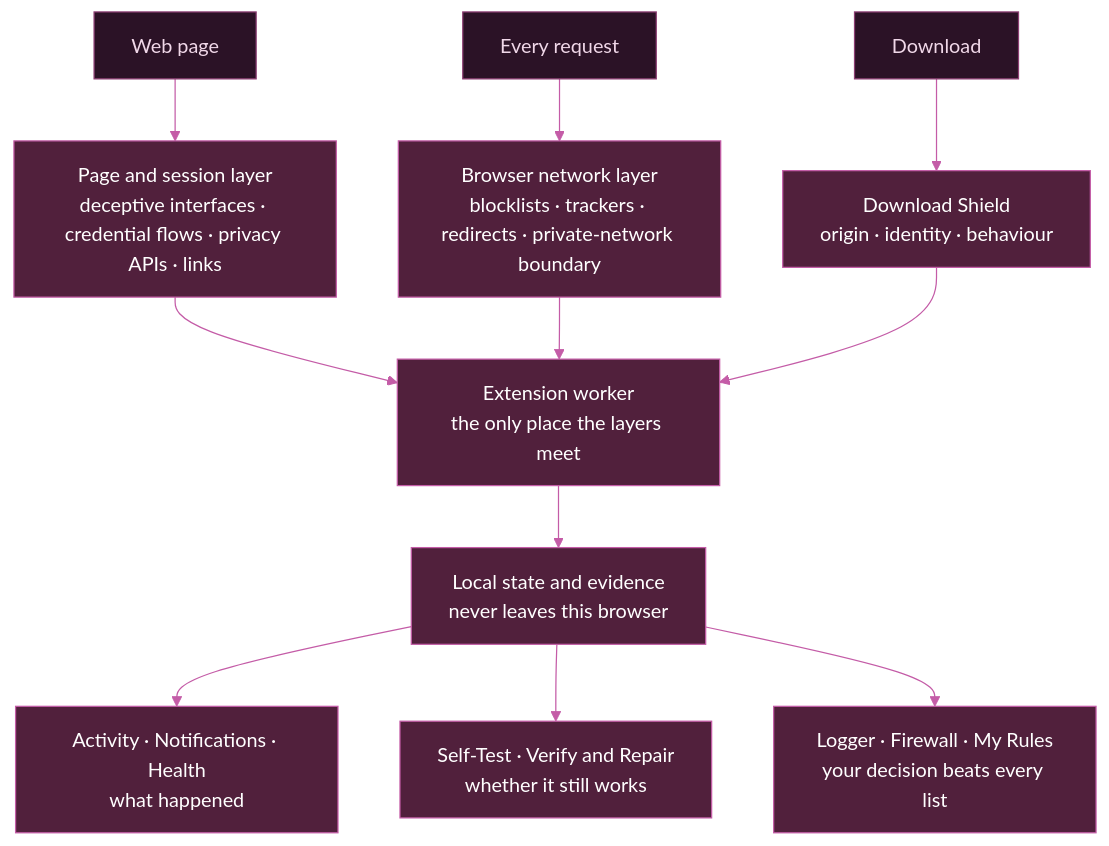
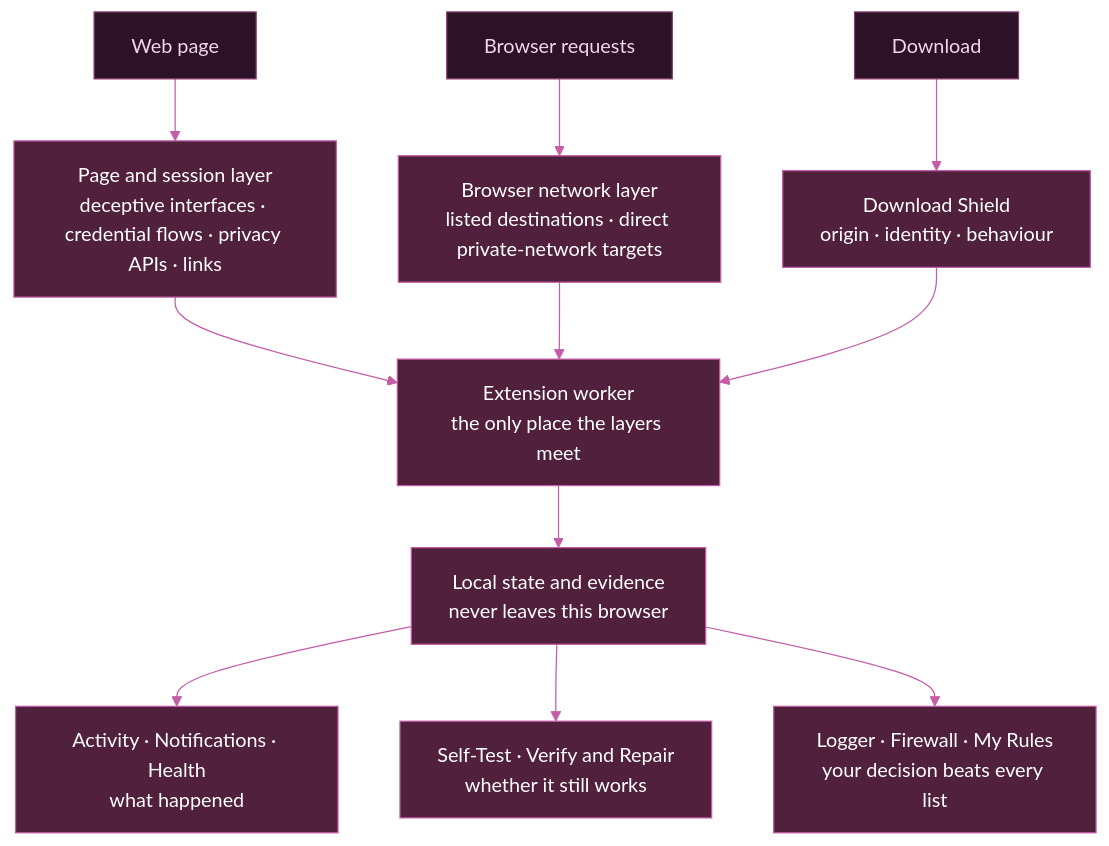
One commit to iri-dev/WardenOne changed the sixth of 6 diagrams in README.md. Above: the diagram before and after it, drawn with Mermaid. The commit also changed other lines of this file and 33 other files, not shown here.

````diff
--- a/README.md
+++ b/README.md
@@ -1554,22 +1561,22 @@
 ```mermaid
 flowchart TB
     Page["Web page"] --> PageLayer["Page and session layer<br/>deceptive interfaces · credential flows · privacy APIs · links"]
-    Net["Every request"] --> NetLayer["Browser network layer<br/>blocklists · trackers · redirects · private-network boundary"]
+    Net["Browser requests"] --> NetLayer["Browser network layer<br/>listed destinations · direct private-network targets"]
     Dl["Download"] --> DlLayer["Download Shield<br/>origin · identity · behaviour"]
 
     PageLayer --> Worker
     NetLayer --> Worker
     DlLayer --> Worker
 
     Worker["Extension worker<br/>the only place the layers meet"] --> State["Local state and evidence<br/>never leaves this browser"]
 
     State --> Explain["Activity · Notifications · Health<br/>what happened"]
     State --> Prove["Self-Test · Verify and Repair<br/>whether it still works"]
     State --> Control["Logger · Firewall · My Rules<br/>your decision beats every list"]
 
     classDef warden fill:#51203c,stroke:#c45ca7,color:#ffffff
     classDef entry fill:#2b1226,stroke:#8d3f74,color:#f0d7e8
     class PageLayer,NetLayer,DlLayer,Worker,State,Explain,Prove,Control warden
     class Page,Net,Dl entry
     linkStyle default stroke:#c45ca7
 ```
````
